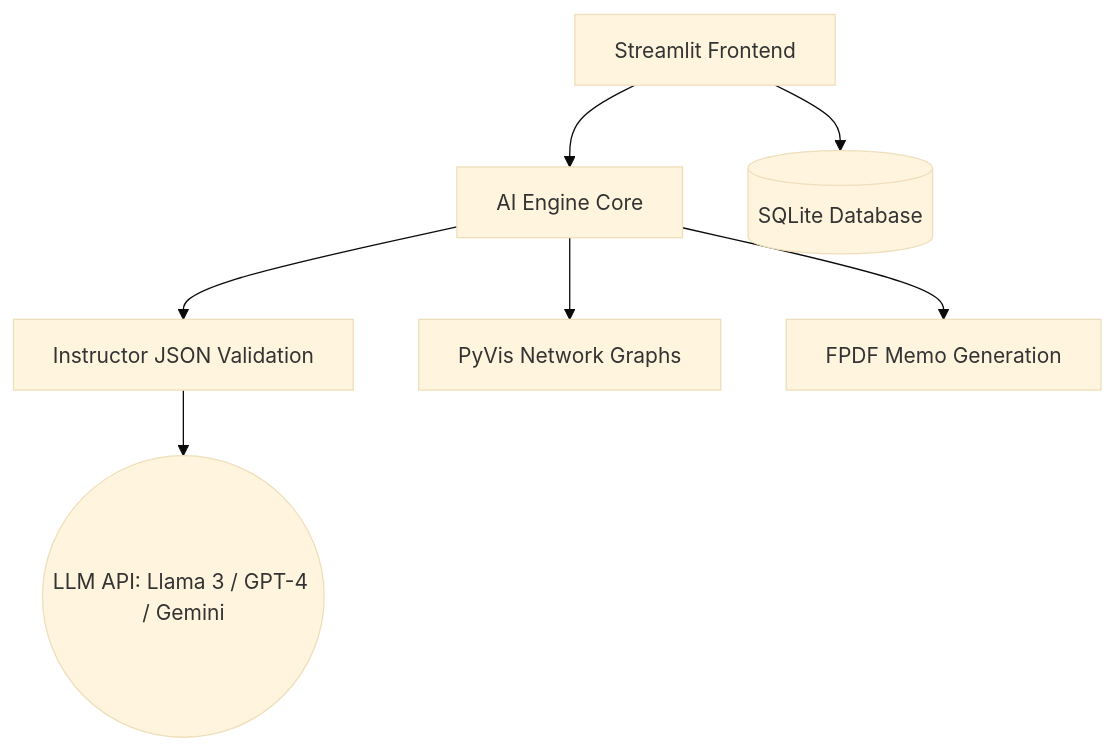
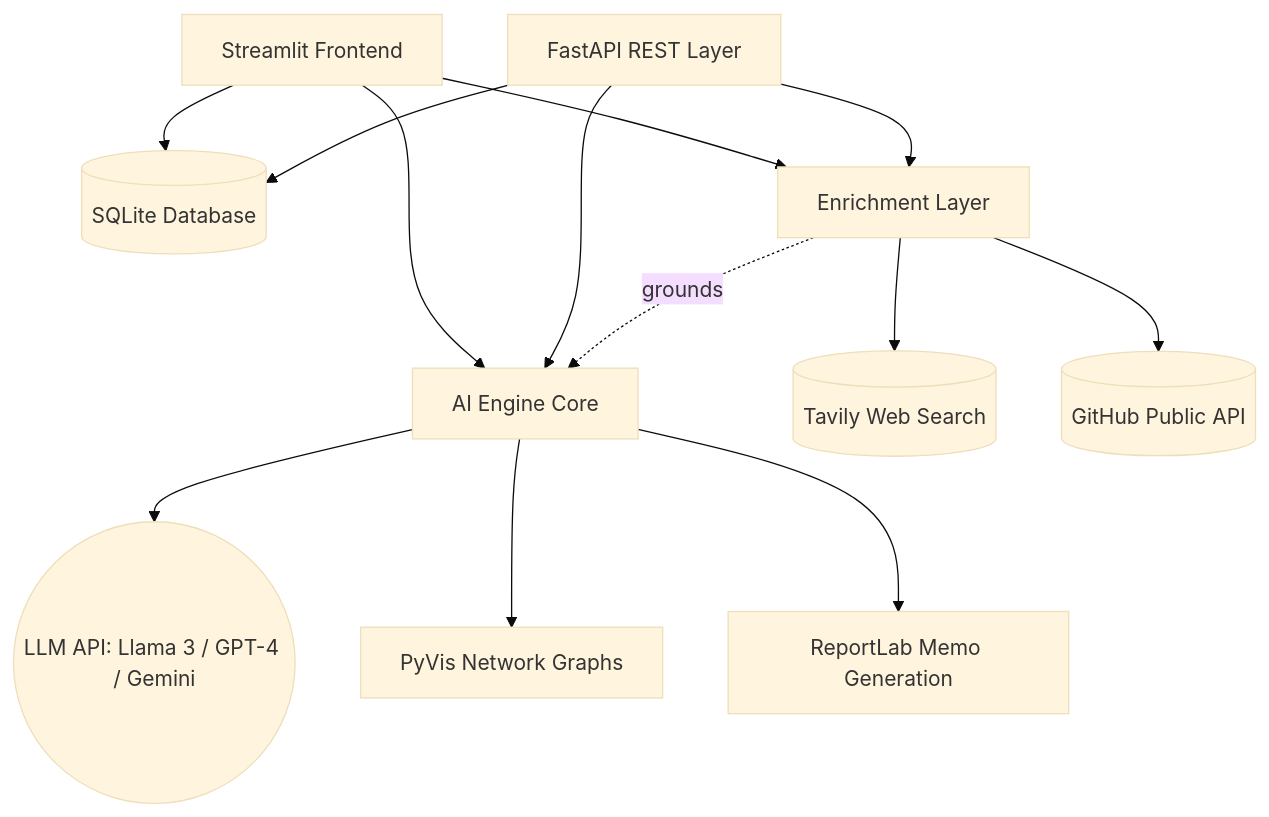
The first of 2 diagrams in README.md (amitbaghel001/VentureFlow-AI), drawn with Mermaid (base theme) before and after one commit. The commit also changed other lines of this file and 15 other files, not shown here.

First line of the commit message:
fixed graph feature

````diff
--- a/README.md
+++ b/README.md
@@ -22,9 +22,15 @@
 ```mermaid
 graph TD
     UI[Streamlit Frontend] --> Core[AI Engine Core]
+    API[FastAPI REST Layer] --> Core
     UI --> DB[(SQLite Database)]
-    Core --> Instructor[Instructor JSON Validation]
-    Instructor --> LLM((LLM API: Llama 3 / GPT-4 / Gemini))
+    API --> DB
+    Core --> LLM((LLM API: Llama 3 / GPT-4 / Gemini))
+    UI --> Enrich[Enrichment Layer]
+    API --> Enrich
+    Enrich --> Tavily[(Tavily Web Search)]
+    Enrich --> GitHub[(GitHub Public API)]
+    Enrich -.grounds.-> Core
     Core --> Vis[PyVis Network Graphs]
-    Core --> PDF[FPDF Memo Generation]
+    Core --> PDF[ReportLab Memo Generation]
 ```
````
